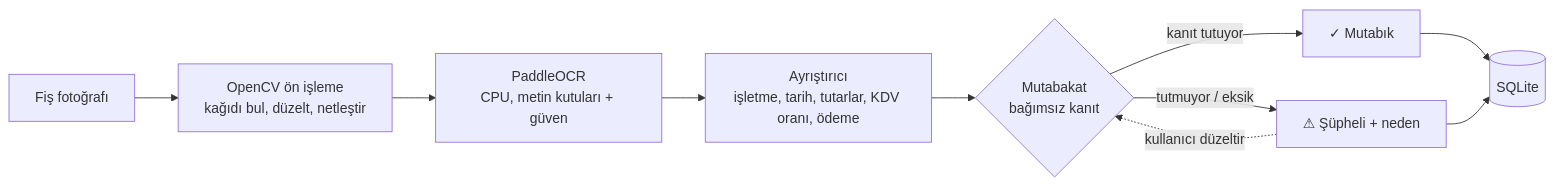
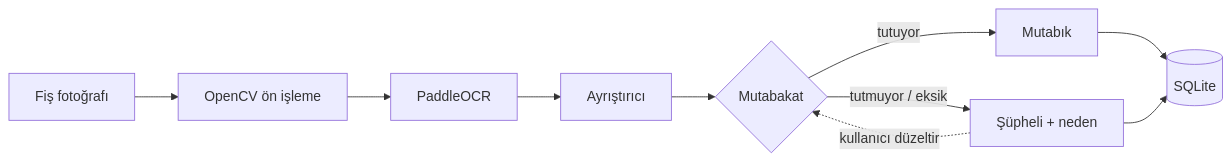
One commit to Mustafa037/mutabik changed the diagram in README.md. Above: the diagram before and after it, drawn with Mermaid. The commit also changed other lines of this file and 1 other file, not shown here.

````diff
--- a/README.md
+++ b/README.md
@@ -33,12 +25,12 @@
 ```mermaid
 flowchart LR
-    A[Fiş fotoğrafı] --> B[OpenCV ön işleme<br/>kağıdı bul, düzelt, netleştir]
-    B --> C[PaddleOCR<br/>CPU, metin kutuları + güven]
-    C --> D[Ayrıştırıcı<br/>işletme, tarih, tutarlar, KDV oranı, ödeme]
-    D --> E{Mutabakat<br/>bağımsız kanıt}
-    E -->|kanıt tutuyor| F[✓ Mutabık]
-    E -->|tutmuyor / eksik| G[⚠ Şüpheli + neden]
+    A[Fiş fotoğrafı] --> B[OpenCV ön işleme]
+    B --> C[PaddleOCR]
+    C --> D[Ayrıştırıcı]
+    D --> E{Mutabakat}
+    E -->|tutuyor| F[Mutabık]
+    E -->|tutmuyor / eksik| G[Şüpheli + neden]
     F --> H[(SQLite)]
     G --> H
     G -.->|kullanıcı düzeltir| E
 ```
````
